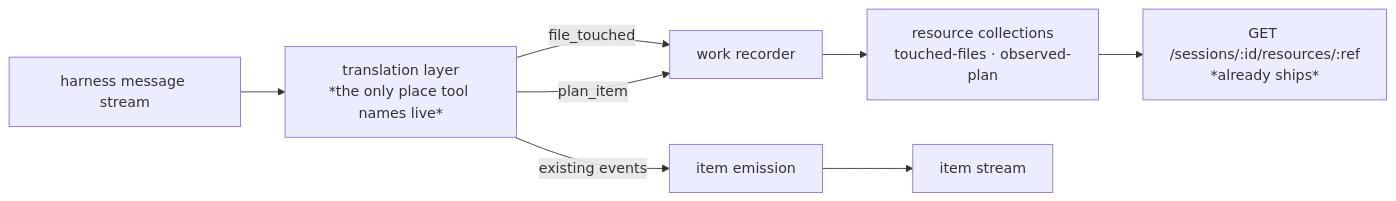
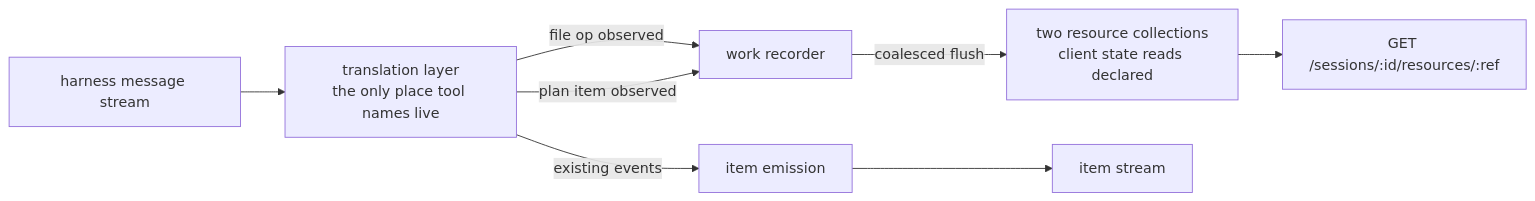
Before and after one commit to fixpoint-labs/flow-state-dev: the diagram in spec/LAB-134.md, drawn with Mermaid. The commit also changed other lines of this file and 3 other files, not shown here.

````diff
--- a/spec/LAB-134.md
+++ b/spec/LAB-134.md
@@ -180,10 +188,10 @@
 ```mermaid
 flowchart LR
-  SDK[harness message stream] --> T[translation layer<br/>*the only place tool names live*]
+  SDK[harness message stream] --> T["translation layer<br/>the only place tool names live"]
   T -->|existing events| E[item emission]
-  T -->|file_touched| G[work recorder]
-  T -->|plan_item| G
-  G --> RC[resource collections<br/>touched-files · observed-plan]
-  RC --> R[GET /sessions/:id/resources/:ref<br/>*already ships*]
+  T -->|file op observed| G[work recorder]
+  T -->|plan item observed| G
+  G -->|coalesced flush| RC["two resource collections<br/>client state reads declared"]
+  RC --> R["GET /sessions/:id/resources/:ref"]
   E --> S[item stream]
 ```
````
